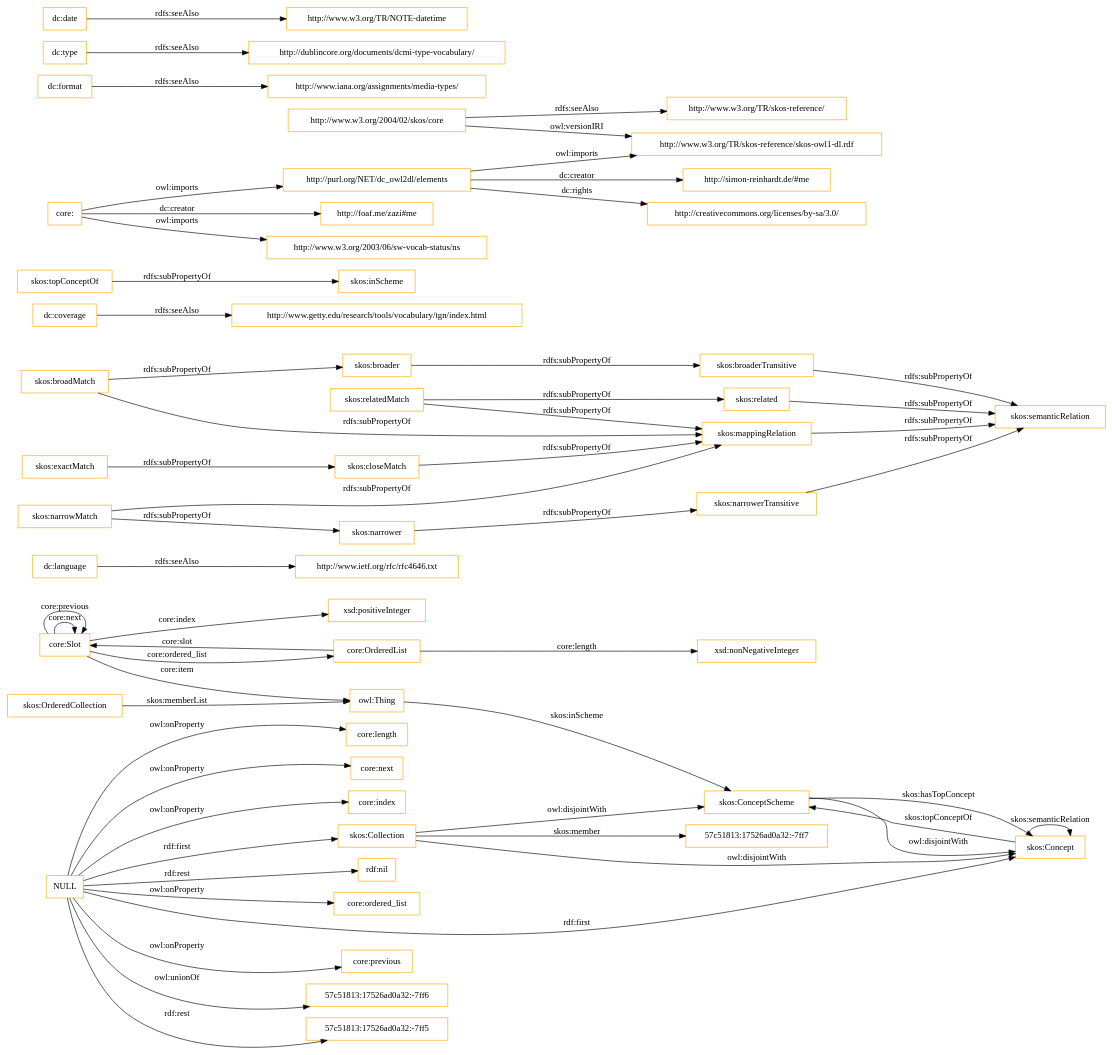
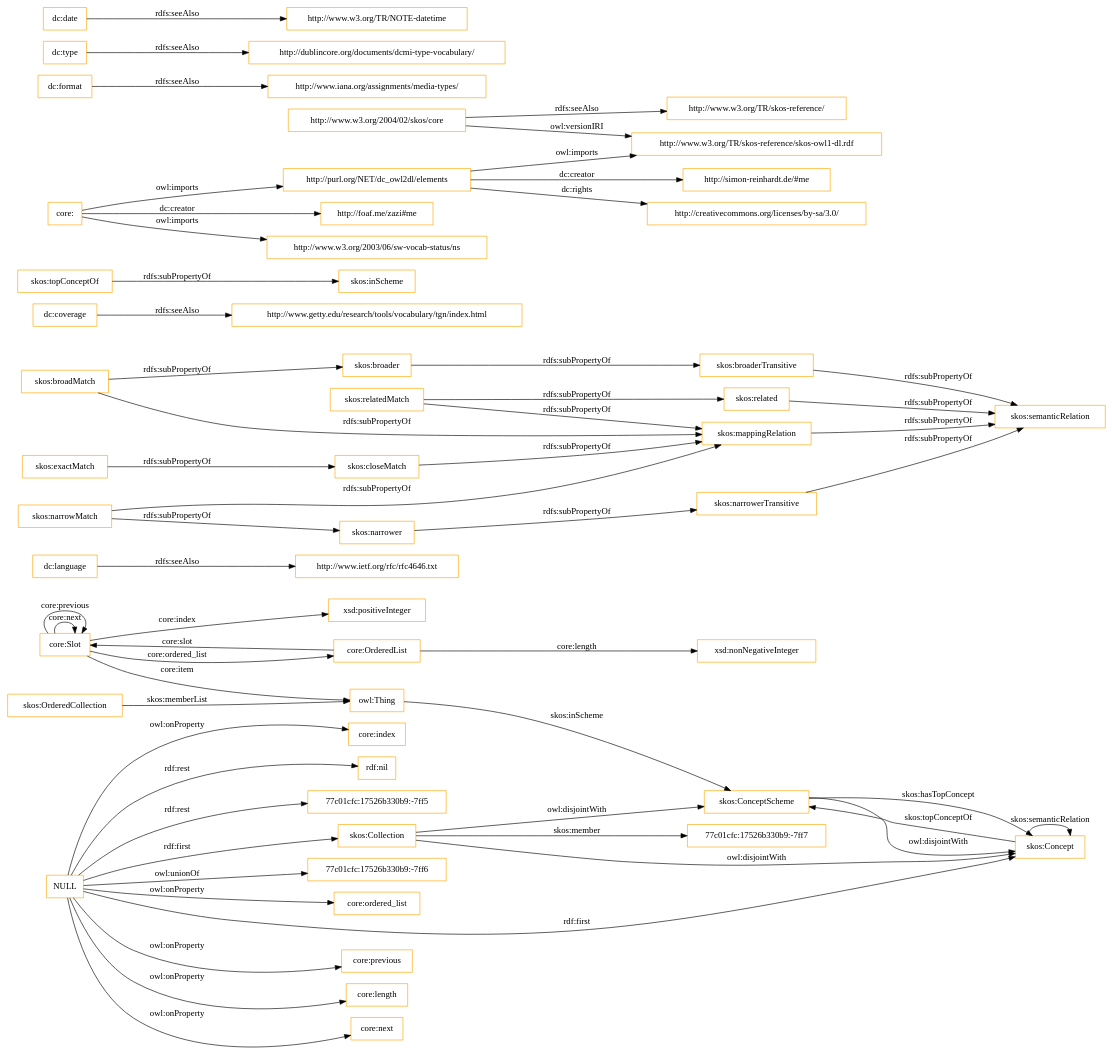
Before and after one commit to OnToologyUser/core-ontology-1: the diagram in OnToology/imports/core.owl/diagrams/ar2dtool-class/core.owl.png.dot, drawn with Graphviz. The commit also changed 14 other files, not shown here.

```diff
--- a/OnToology/imports/core.owl/diagrams/ar2dtool-class/core.owl.png.dot
+++ b/OnToology/imports/core.owl/diagrams/ar2dtool-class/core.owl.png.dot
@@ -1,60 +1,60 @@
 digraph ar2dtool_diagram { 
 rankdir=LR;
 size="1501"
-node [shape = rectangle, color="orange"]; "core:Slot" "core:OrderedList" "57c51813:17526ad0a32:-7ff7" "skos:OrderedCollection" "skos:Collection" "skos:ConceptScheme" "skos:Concept" ; /*classes style*/
+node [shape = rectangle, color="orange"]; "core:Slot" "core:OrderedList" "77c01cfc:17526b330b9:-7ff7" "skos:OrderedCollection" "skos:Collection" "skos:ConceptScheme" "skos:Concept" ; /*classes style*/
 	"dc:language" -> "http://www.ietf.org/rfc/rfc4646.txt" [ label = "rdfs:seeAlso" ];
 	"NULL" -> "core:previous" [ label = "owl:onProperty" ];
-	"NULL" -> "57c51813:17526ad0a32:-7ff6" [ label = "owl:unionOf" ];
-	"NULL" -> "57c51813:17526ad0a32:-7ff5" [ label = "rdf:rest" ];
 	"NULL" -> "core:length" [ label = "owl:onProperty" ];
 	"NULL" -> "skos:Concept" [ label = "rdf:first" ];
 	"NULL" -> "core:next" [ label = "owl:onProperty" ];
 	"NULL" -> "core:index" [ label = "owl:onProperty" ];
 	"NULL" -> "rdf:nil" [ label = "rdf:rest" ];
+	"NULL" -> "77c01cfc:17526b330b9:-7ff5" [ label = "rdf:rest" ];
+	"NULL" -> "77c01cfc:17526b330b9:-7ff6" [ label = "owl:unionOf" ];
 	"NULL" -> "core:ordered_list" [ label = "owl:onProperty" ];
 	"NULL" -> "skos:Collection" [ label = "rdf:first" ];
 	"skos:closeMatch" -> "skos:mappingRelation" [ label = "rdfs:subPropertyOf" ];
 	"dc:coverage" -> "http://www.getty.edu/research/tools/vocabulary/tgn/index.html" [ label = "rdfs:seeAlso" ];
 	"skos:relatedMatch" -> "skos:related" [ label = "rdfs:subPropertyOf" ];
 	"skos:relatedMatch" -> "skos:mappingRelation" [ label = "rdfs:subPropertyOf" ];
 	"skos:ConceptScheme" -> "skos:Concept" [ label = "owl:disjointWith" ];
 	"skos:related" -> "skos:semanticRelation" [ label = "rdfs:subPropertyOf" ];
 	"skos:topConceptOf" -> "skos:inScheme" [ label = "rdfs:subPropertyOf" ];
 	"skos:broadMatch" -> "skos:broader" [ label = "rdfs:subPropertyOf" ];
 	"skos:broadMatch" -> "skos:mappingRelation" [ label = "rdfs:subPropertyOf" ];
 	"http://purl.org/NET/dc_owl2dl/elements" -> "http://www.w3.org/TR/skos-reference/skos-owl1-dl.rdf" [ label = "owl:imports" ];
 	"http://purl.org/NET/dc_owl2dl/elements" -> "http://creativecommons.org/licenses/by-sa/3.0/" [ label = "dc:rights" ];
 	"http://purl.org/NET/dc_owl2dl/elements" -> "http://simon-reinhardt.de/#me" [ label = "dc:creator" ];
 	"skos:exactMatch" -> "skos:closeMatch" [ label = "rdfs:subPropertyOf" ];
 	"dc:format" -> "http://www.iana.org/assignments/media-types/" [ label = "rdfs:seeAlso" ];
 	"core:" -> "http://foaf.me/zazi#me" [ label = "dc:creator" ];
 	"core:" -> "http://www.w3.org/2003/06/sw-vocab-status/ns" [ label = "owl:imports" ];
 	"core:" -> "http://purl.org/NET/dc_owl2dl/elements" [ label = "owl:imports" ];
 	"skos:broaderTransitive" -> "skos:semanticRelation" [ label = "rdfs:subPropertyOf" ];
 	"skos:mappingRelation" -> "skos:semanticRelation" [ label = "rdfs:subPropertyOf" ];
 	"skos:broader" -> "skos:broaderTransitive" [ label = "rdfs:subPropertyOf" ];
 	"dc:type" -> "http://dublincore.org/documents/dcmi-type-vocabulary/" [ label = "rdfs:seeAlso" ];
 	"http://www.w3.org/2004/02/skos/core" -> "http://www.w3.org/TR/skos-reference/skos-owl1-dl.rdf" [ label = "owl:versionIRI" ];
 	"http://www.w3.org/2004/02/skos/core" -> "http://www.w3.org/TR/skos-reference/" [ label = "rdfs:seeAlso" ];
 	"skos:Collection" -> "skos:ConceptScheme" [ label = "owl:disjointWith" ];
 	"skos:Collection" -> "skos:Concept" [ label = "owl:disjointWith" ];
 	"skos:narrowMatch" -> "skos:narrower" [ label = "rdfs:subPropertyOf" ];
 	"skos:narrowMatch" -> "skos:mappingRelation" [ label = "rdfs:subPropertyOf" ];
 	"skos:narrower" -> "skos:narrowerTransitive" [ label = "rdfs:subPropertyOf" ];
 	"dc:date" -> "http://www.w3.org/TR/NOTE-datetime" [ label = "rdfs:seeAlso" ];
 	"skos:narrowerTransitive" -> "skos:semanticRelation" [ label = "rdfs:subPropertyOf" ];
 	"core:Slot" -> "xsd:positiveInteger" [ label = "core:index" ];
 	"skos:Concept" -> "skos:ConceptScheme" [ label = "skos:topConceptOf" ];
 	"core:Slot" -> "owl:Thing" [ label = "core:item" ];
 	"core:OrderedList" -> "xsd:nonNegativeInteger" [ label = "core:length" ];
 	"core:OrderedList" -> "core:Slot" [ label = "core:slot" ];
-	"skos:Collection" -> "57c51813:17526ad0a32:-7ff7" [ label = "skos:member" ];
+	"skos:Collection" -> "77c01cfc:17526b330b9:-7ff7" [ label = "skos:member" ];
 	"core:Slot" -> "core:Slot" [ label = "core:next" ];
 	"skos:ConceptScheme" -> "skos:Concept" [ label = "skos:hasTopConcept" ];
 	"owl:Thing" -> "skos:ConceptScheme" [ label = "skos:inScheme" ];
 	"core:Slot" -> "core:Slot" [ label = "core:previous" ];
 	"skos:OrderedCollection" -> "owl:Thing" [ label = "skos:memberList" ];
 	"skos:Concept" -> "skos:Concept" [ label = "skos:semanticRelation" ];
 	"core:Slot" -> "core:OrderedList" [ label = "core:ordered_list" ];
 
 }
```
